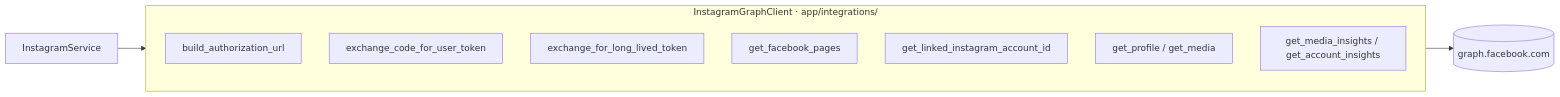
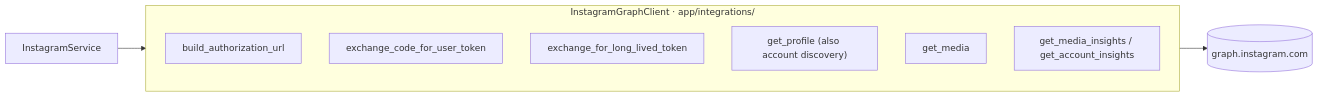
Before and after one commit to Manohar0441/instagram-ai-agent: the seventh of 13 diagrams in Documents/ARCHITECTURE.md, drawn with Mermaid. The commit also changed other lines of this file and 18 other files, not shown here.

````diff
--- a/Documents/ARCHITECTURE.md
+++ b/Documents/ARCHITECTURE.md
@@ -290,14 +293,13 @@
 ```mermaid
 flowchart LR
     subgraph Client["InstagramGraphClient · app/integrations/"]
         direction TB
         C1["build_authorization_url"]
         C2["exchange_code_for_user_token"]
         C3["exchange_for_long_lived_token"]
-        C4["get_facebook_pages"]
-        C5["get_linked_instagram_account_id"]
-        C6["get_profile / get_media"]
-        C7["get_media_insights / get_account_insights"]
+        C4["get_profile (also account discovery)"]
+        C5["get_media"]
+        C6["get_media_insights / get_account_insights"]
     end
-    Svc["InstagramService"] --> Client --> Meta[("graph.facebook.com")]
+    Svc["InstagramService"] --> Client --> Meta[("graph.instagram.com")]
 ```
````
